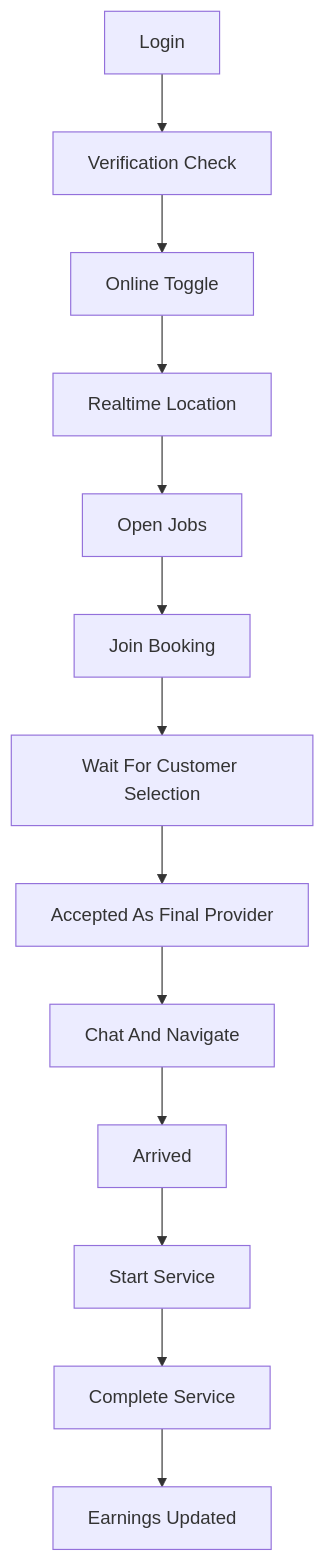
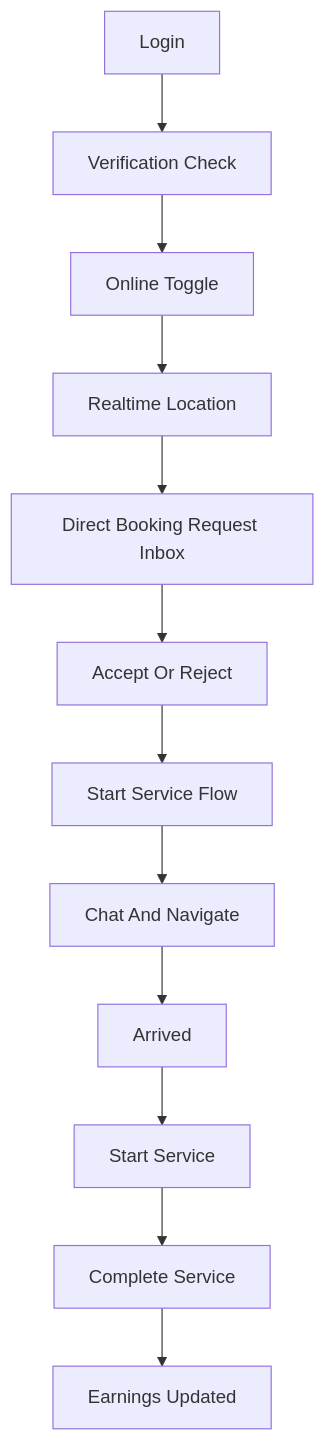
One commit to cooluki7709-crypto/massage changed the third of 3 diagrams in docs/flows/ux-flow-map.md. Above: the diagram before and after it, drawn with Mermaid. The commit also changed other lines of this file and 9 other files, not shown here.

Commit message:
feat(flow): pivot phase1 to direct provider booking

````diff
--- a/docs/flows/ux-flow-map.md
+++ b/docs/flows/ux-flow-map.md
@@ -74,15 +74,14 @@
 ```mermaid
 flowchart TD
   A["Login"] --> B["Verification Check"]
   B --> C["Online Toggle"]
   C --> D["Realtime Location"]
-  D --> E["Open Jobs"]
-  E --> F["Join Booking"]
-  F --> G["Wait For Customer Selection"]
-  G --> H["Accepted As Final Provider"]
-  H --> I["Chat And Navigate"]
-  I --> J["Arrived"]
-  J --> K["Start Service"]
-  K --> L["Complete Service"]
-  L --> M["Earnings Updated"]
+  D --> E["Direct Booking Request Inbox"]
+  E --> F["Accept Or Reject"]
+  F --> G["Start Service Flow"]
+  G --> H["Chat And Navigate"]
+  H --> I["Arrived"]
+  I --> J["Start Service"]
+  J --> K["Complete Service"]
+  K --> L["Earnings Updated"]
 ```
````
